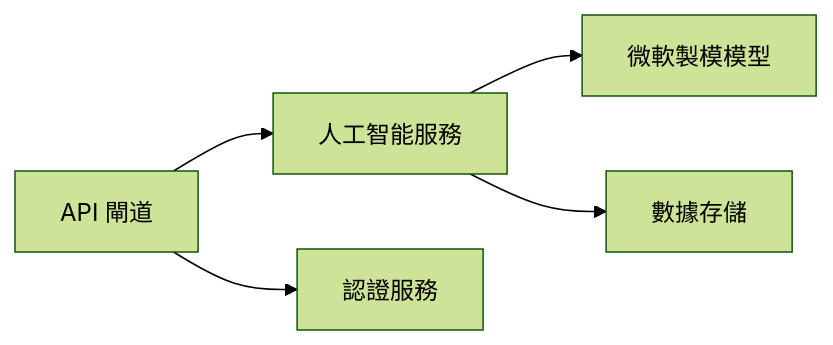
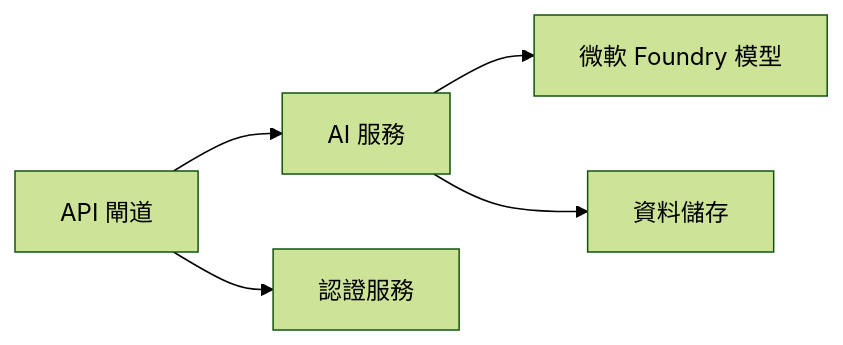
Before and after one commit to microsoft/AZD-for-beginners: the first of 2 diagrams in translations/zh-MO/docs/chapter-08-production/README.md, drawn with Mermaid (forest theme). The commit also changed other lines of this file and 104 other files, not shown here.

````diff
--- a/translations/zh-MO/docs/chapter-08-production/README.md
+++ b/translations/zh-MO/docs/chapter-08-production/README.md
@@ -48,6 +48,6 @@
 ```mermaid
 graph LR
-    Gateway[API 閘道] --> AI[人工智能服務] --> Models[微軟製模模型]
+    Gateway[API 閘道] --> AI[AI 服務] --> Models[微軟 Foundry 模型]
     Gateway --> Auth[認證服務]
-    AI --> Data[數據存儲]
+    AI --> Data[資料儲存]
 ```
````
